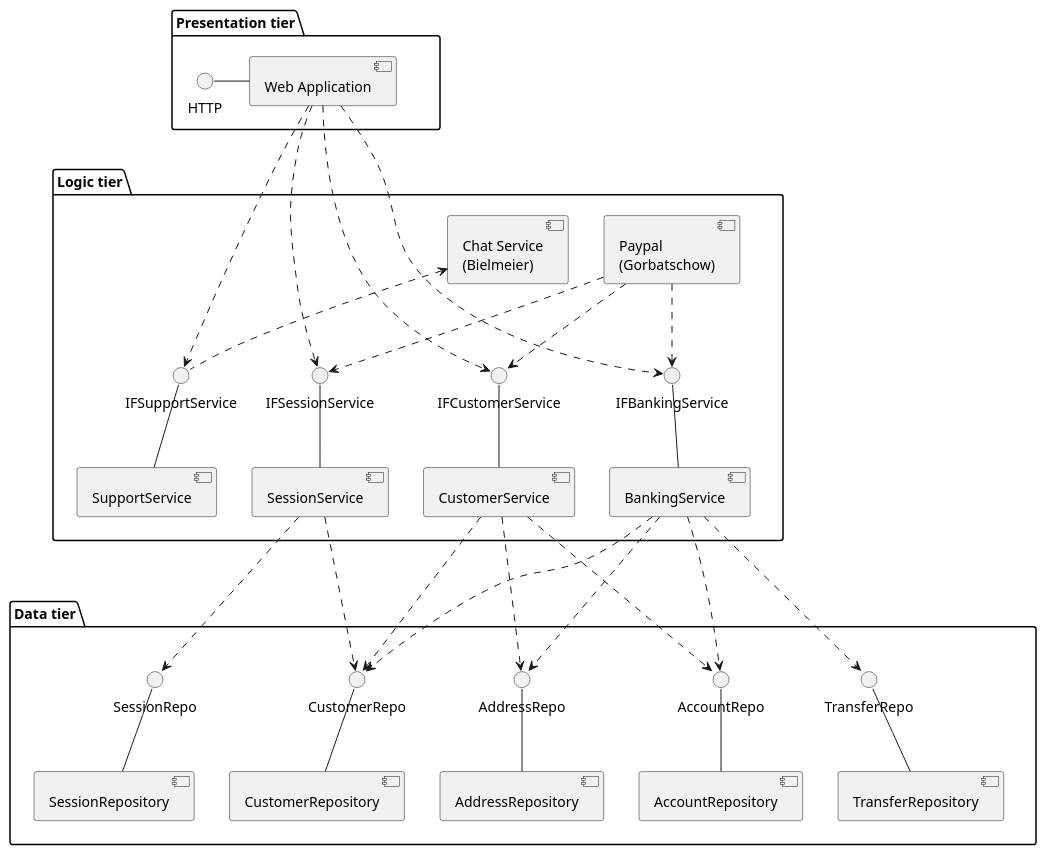
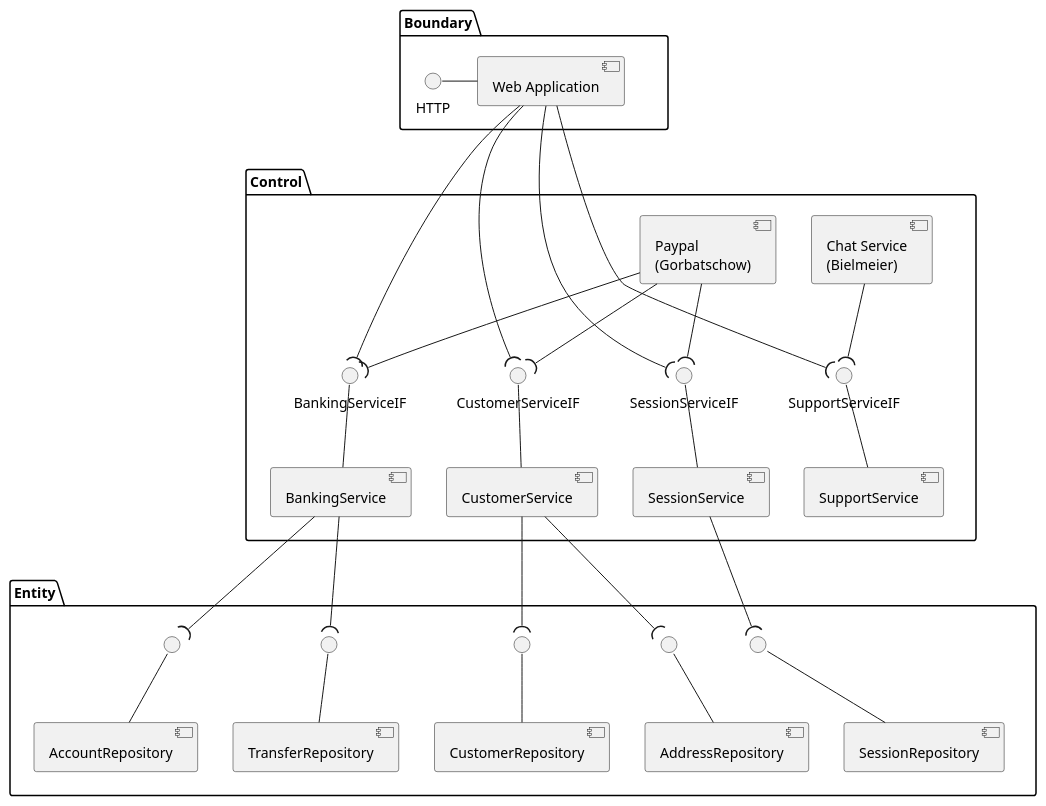
One commit to SteffBauer/sw_project changed the diagram in documentation/diagrams/DiagramComponent_BankingService.puml. Above: the diagram before and after it, drawn with PlantUML.

Commit message:
Updated Component Diagram

```diff
--- a/documentation/diagrams/DiagramComponent_BankingService.puml
+++ b/documentation/diagrams/DiagramComponent_BankingService.puml
@@ -1,55 +1,66 @@
 @startuml
 
-package "Presentation tier" as presentation {
+
+skinparam monochrome true
+
+package "Boundary" as presentation {
   HTTP - [Web Application]
 }
 
-package "Logic tier" as logic {
-  IFSupportService -down- [SupportService]
-  IFBankingService -down- [BankingService]
-  IFSessionService -down- [SessionService]
-  IFCustomerService -down- [CustomerService]
-  
-  [Web Application] .> IFBankingService
-  [Web Application] ...> IFSessionService
-  [Web Application] .> IFCustomerService
-  [Web Application] .> IFSupportService
+package "Control" as logic {
+  [Paypal\n(Gorbatschow)] as paypal
+  [Chat Service\n(Bielmeier)] as chat
 
-  ' used Services
-  [Paypal\n(Gorbatschow)] .down.> IFBankingService
-  [Paypal\n(Gorbatschow)] .down.> IFCustomerService
-  [Paypal\n(Gorbatschow)] .down.> IFSessionService
+  [SessionService] -up-() SessionServiceIF
+  SessionServiceIF )-up- [Web Application]
+  SessionServiceIF )-up- paypal
 
-  IFSupportService .up.> [Chat Service\n(Bielmeier)]
+  [CustomerService] -up-() CustomerServiceIF
+  CustomerServiceIF )-up- [Web Application]
+  CustomerServiceIF )-up- paypal
+
+  [BankingService] -up-() BankingServiceIF
+  BankingServiceIF )-up- [Web Application]
+  BankingServiceIF )-up- paypal
+
+  [SupportService] -up-() SupportServiceIF
+  SupportServiceIF )-up- [Web Application]
+  SupportServiceIF )-up- chat
+
+  chat -[hidden]-> [SupportService]
+
+
 
 }
 
-package "Data tier" as data {
-  CustomerRepo -down- [CustomerRepository]
-  AccountRepo -down- [AccountRepository]
-  AddressRepo -down- [AddressRepository]
-  SessionRepo -down- [SessionRepository]
-  TransferRepo -down- [TransferRepository]
+package "Entity" as data {
+  interface " " as IF1
+  interface " " as IF2
+  interface " " as IF3
+  interface " " as IF4
+  interface " " as IF5
 
-  [BankingService] ...> CustomerRepo
-  [CustomerService] ...> CustomerRepo
-  [SessionService] ...> CustomerRepo
-  
-  [BankingService] .> AddressRepo
-  [CustomerService] .> AddressRepo
-  
-  [BankingService] .> AccountRepo
-  [CustomerService] .> AccountRepo
+  [SessionRepository] -up-() IF1
+  IF1 )-up- [SessionService]
 
-  [SessionService] ..> SessionRepo
+  [AccountRepository] -up-() IF2
+  IF2 )-up- [BankingService]
 
-  [BankingService] ...> TransferRepo
+  [TransferRepository] -up-() IF3
+  IF3 )-up- [BankingService]
+
+  [CustomerRepository] -up-() IF4
+  IF4 )-up- [CustomerService]
+
+  [AddressRepository] -up-() IF5
+  IF5 )-up- [CustomerService]
 }
 
 presentation -[hidden]-> logic
+presentation -[hidden]-> data
 logic -[hidden]-> data
 
 
 
 
 @enduml
```
